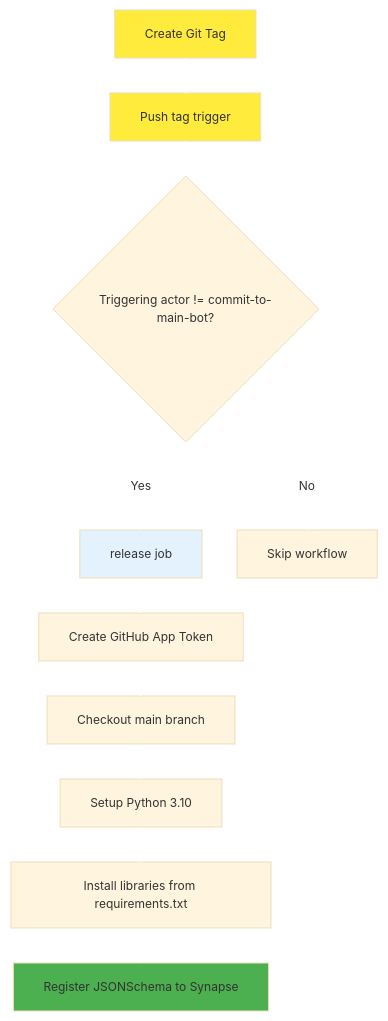
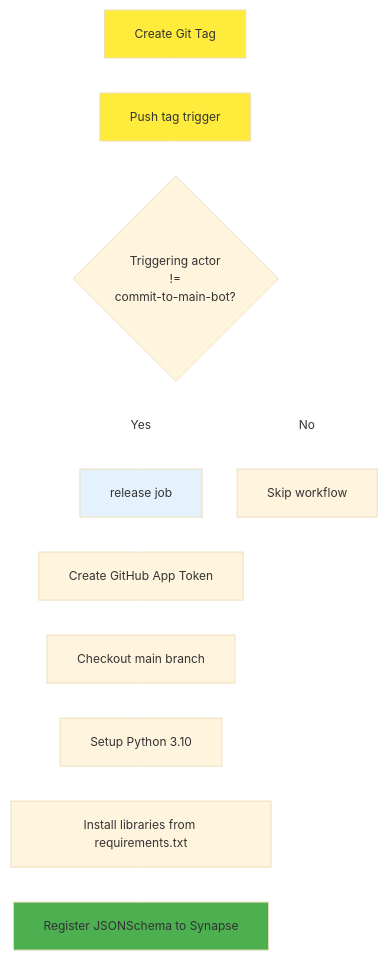
One commit to adknowledgeportal/data-models changed the second of 2 diagrams in .github/workflows/README.md. Above: the diagram before and after it, drawn with Mermaid. The commit also changed other lines of this file, not shown here.

Commit message:
add line breaks

````diff
--- a/.github/workflows/README.md
+++ b/.github/workflows/README.md
@@ -122,20 +122,20 @@
 ```mermaid
 %%{init: {"flowchart": {"defaultRenderer": "elk"}, "theme": "base", "themeVariables": {"fontSize": "12px", "lineColor": "#ffffff", "edgeLabelBackground": "#ffffff"}}}%%
     flowchart TD
     A[Create Git Tag] --> B[Push tag trigger]
     
-    B --> C{Triggering actor != commit-to-main-bot?}
+    B --> C{Triggering actor<br>!=<br>commit-to-main-bot?}
     C -->|Yes| D[release job]
     C -->|No| Z[Skip workflow]
     
     D --> D1[Create GitHub App Token]
     D1 --> D2[Checkout main branch]
     D2 --> D3[Setup Python 3.10]
     D3 --> D4[Install libraries from requirements.txt]
     D4 --> D5[Register JSONSchema to Synapse]
     
     style A fill:#ffeb3b
     style B fill:#ffeb3b
     style D fill:#e3f2fd
     style D5 fill:#4caf50
 ```
````
